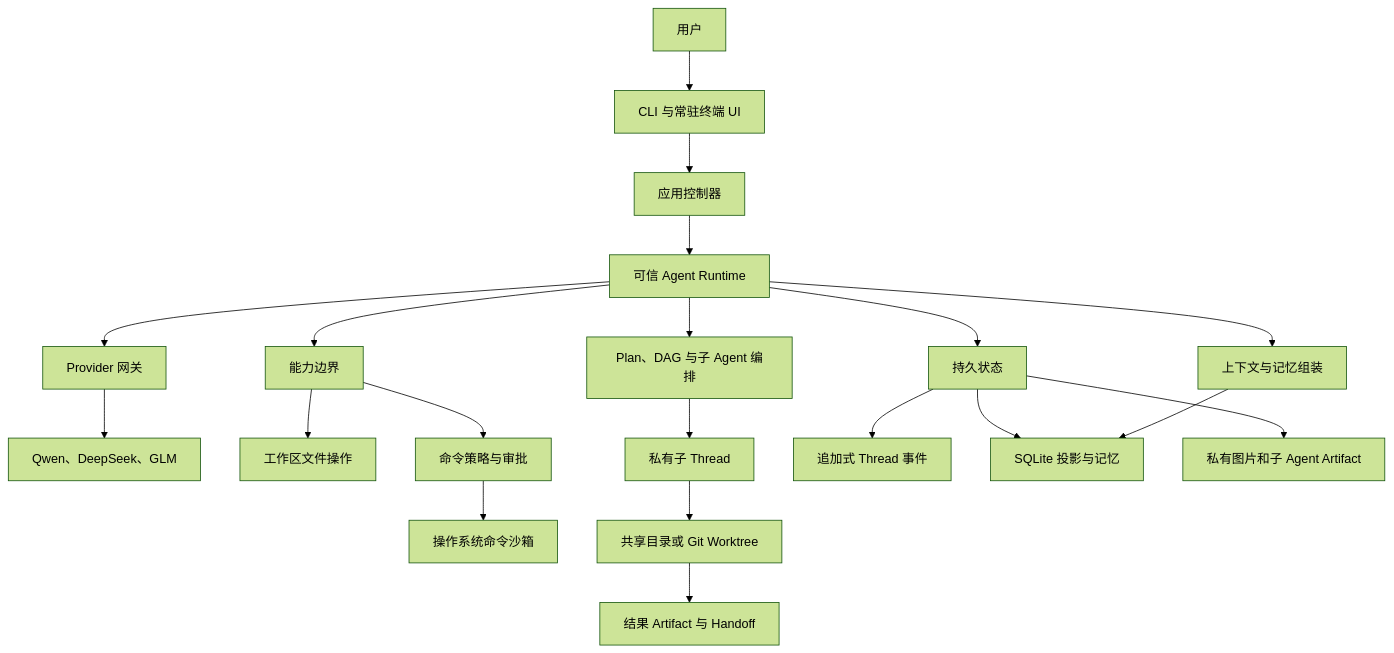
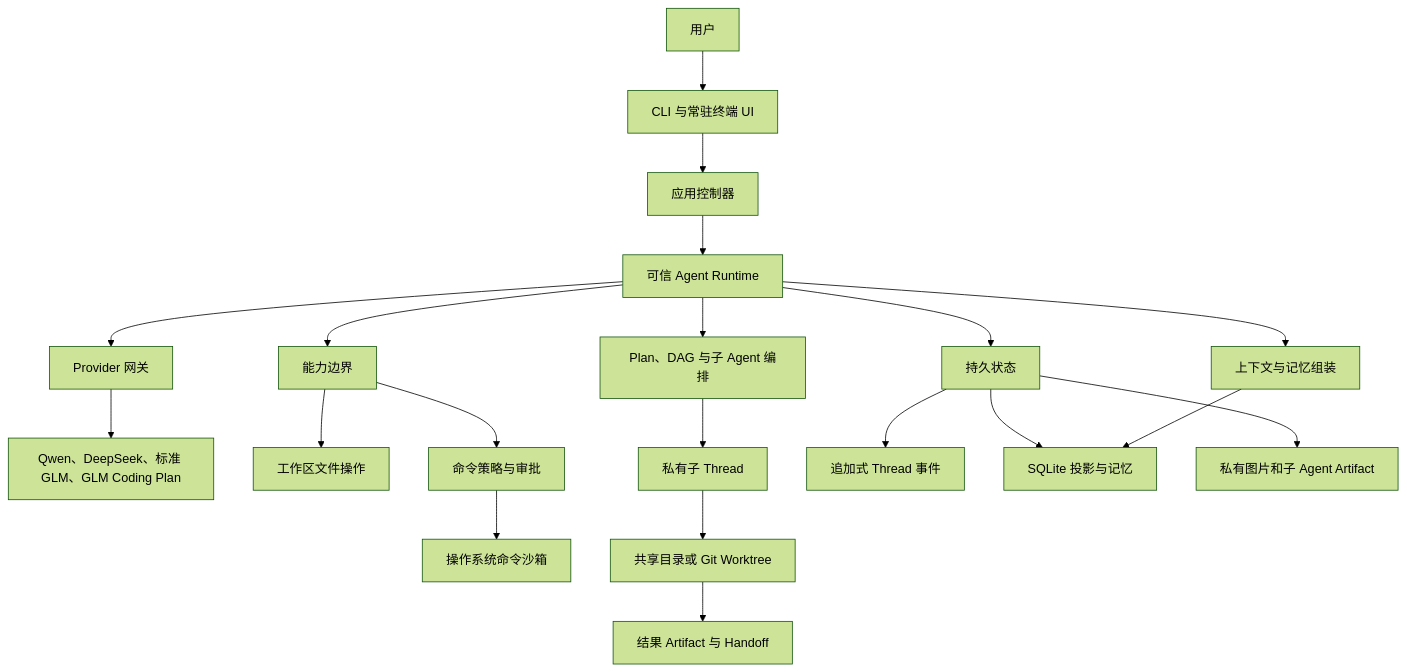
The diagram in docs/TECHNICAL_DESIGN_ZH.md (dd1000001000/EASY_CODE), drawn with Mermaid (forest theme) before and after one commit. The commit also changed other lines of this file and 48 other files, not shown here.

Commit message:
feat(plan): now support glm coding plan

````diff
--- a/docs/TECHNICAL_DESIGN_ZH.md
+++ b/docs/TECHNICAL_DESIGN_ZH.md
@@ -49,25 +49,25 @@
 ```mermaid
 flowchart TB
     User[用户] --> UI[CLI 与常驻终端 UI]
     UI --> App[应用控制器]
     App --> Runtime[可信 Agent Runtime]
 
     Runtime --> Context[上下文与记忆组装]
     Runtime --> Provider[Provider 网关]
     Runtime --> Tools[能力边界]
     Runtime --> Orchestration[Plan、DAG 与子 Agent 编排]
     Runtime --> State[持久状态]
 
-    Provider --> APIs[Qwen、DeepSeek、GLM]
+    Provider --> APIs[Qwen、DeepSeek、标准 GLM、GLM Coding Plan]
     Tools --> Files[工作区文件操作]
     Tools --> Commands[命令策略与审批]
     Commands --> Sandbox[操作系统命令沙箱]
     Orchestration --> Children[私有子 Thread]
     Children --> Environments[共享目录或 Git Worktree]
     Environments --> Artifacts[结果 Artifact 与 Handoff]
 
     State --> Journal[追加式 Thread 事件]
     State --> Database[SQLite 投影与记忆]
     State --> Binary[私有图片和子 Agent Artifact]
     Context --> Database
 ```
````
